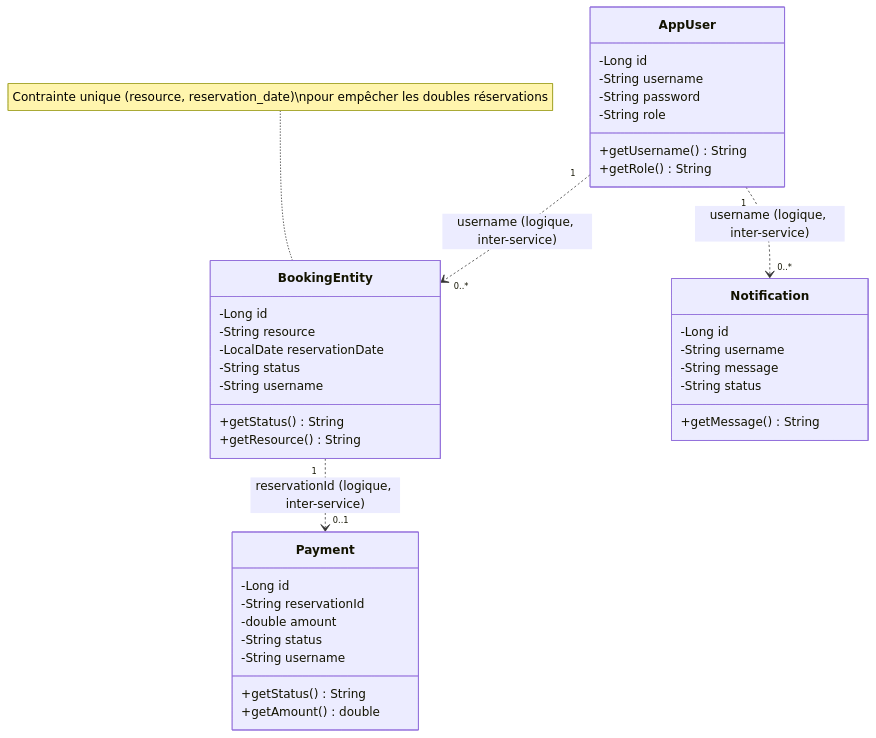
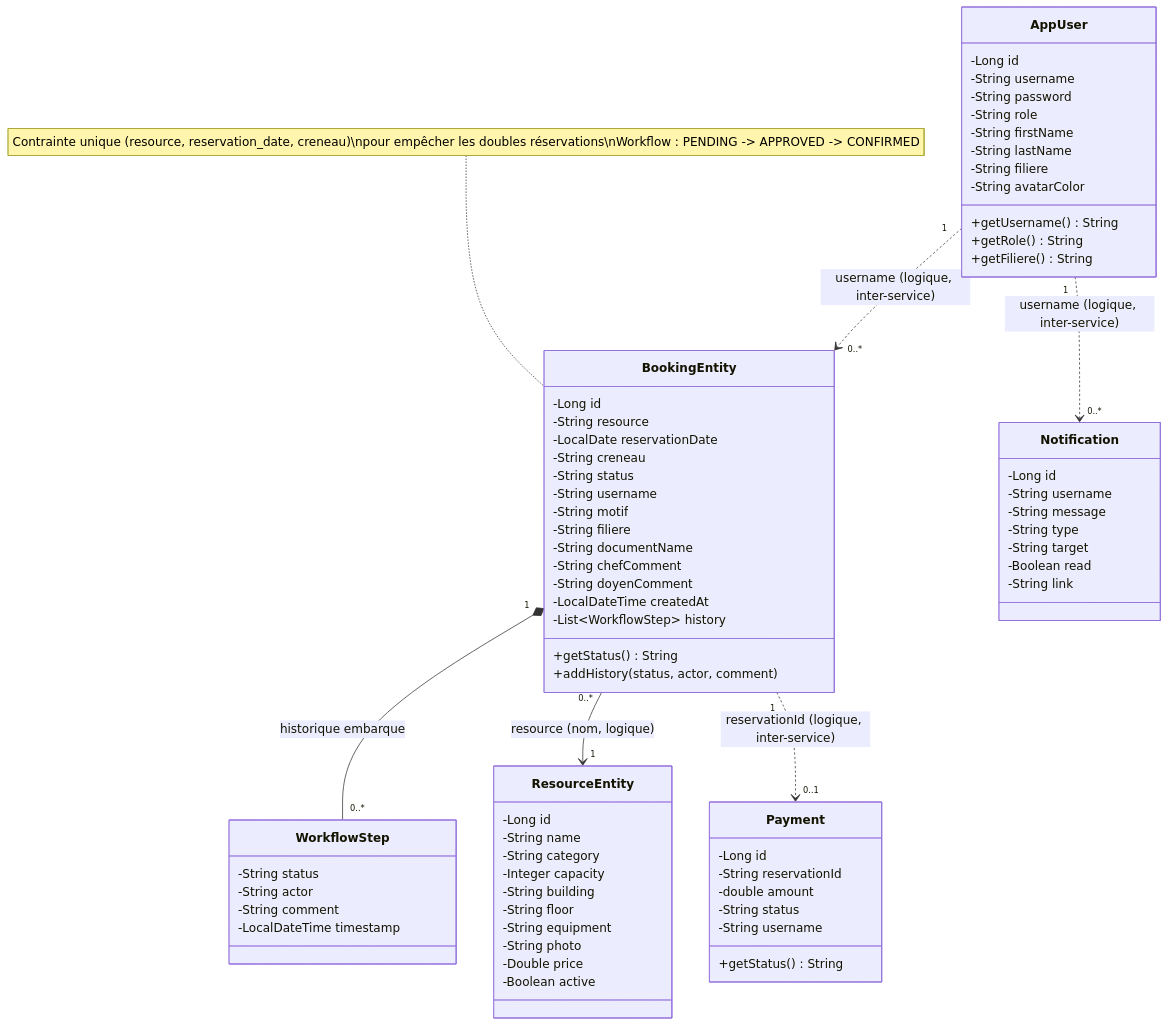
One commit to Ayamouine/pfa-devops-reservation changed the second of 4 diagrams in docs/UML.md. Above: the diagram before and after it, drawn with Mermaid. The commit also changed other lines of this file and 6 other files, not shown here.

````diff
--- a/docs/UML.md
+++ b/docs/UML.md
@@ -68,45 +80,81 @@
 ```mermaid
 classDiagram
     class AppUser {
         -Long id
         -String username
         -String password
         -String role
+        -String firstName
+        -String lastName
+        -String filiere
+        -String avatarColor
         +getUsername() String
         +getRole() String
+        +getFiliere() String
+    }
+
+    class ResourceEntity {
+        -Long id
+        -String name
+        -String category
+        -Integer capacity
+        -String building
+        -String floor
+        -String equipment
+        -String photo
+        -Double price
+        -Boolean active
     }
 
     class BookingEntity {
         -Long id
         -String resource
         -LocalDate reservationDate
+        -String creneau
         -String status
         -String username
+        -String motif
+        -String filiere
+        -String documentName
+        -String chefComment
+        -String doyenComment
+        -LocalDateTime createdAt
+        -List~WorkflowStep~ history
         +getStatus() String
-        +getResource() String
+        +addHistory(status, actor, comment)
+    }
+
+    class WorkflowStep {
+        -String status
+        -String actor
+        -String comment
+        -LocalDateTime timestamp
     }
 
     class Payment {
         -Long id
         -String reservationId
         -double amount
         -String status
         -String username
         +getStatus() String
-        +getAmount() double
     }
 
     class Notification {
         -Long id
         -String username
         -String message
-        -String status
-        +getMessage() String
+        -String type
+        -String target
+        -Boolean read
+        -String link
     }
 
+    BookingEntity "1" *-- "0..*" WorkflowStep : historique embarque
+    BookingEntity "0..*" --> "1" ResourceEntity : resource (nom, logique)
     AppUser "1" ..> "0..*" BookingEntity : username (logique, inter-service)
     BookingEntity "1" ..> "0..1" Payment : reservationId (logique, inter-service)
     AppUser "1" ..> "0..*" Notification : username (logique, inter-service)
 
-    note for BookingEntity "Contrainte unique (resource, reservation_date)\npour empêcher les doubles réservations"
+    note for BookingEntity "Contrainte unique (resource, reservation_date, creneau)\npour empêcher les doubles réservations\nWorkflow : PENDING -> APPROVED -> CONFIRMED"
 ```
````
